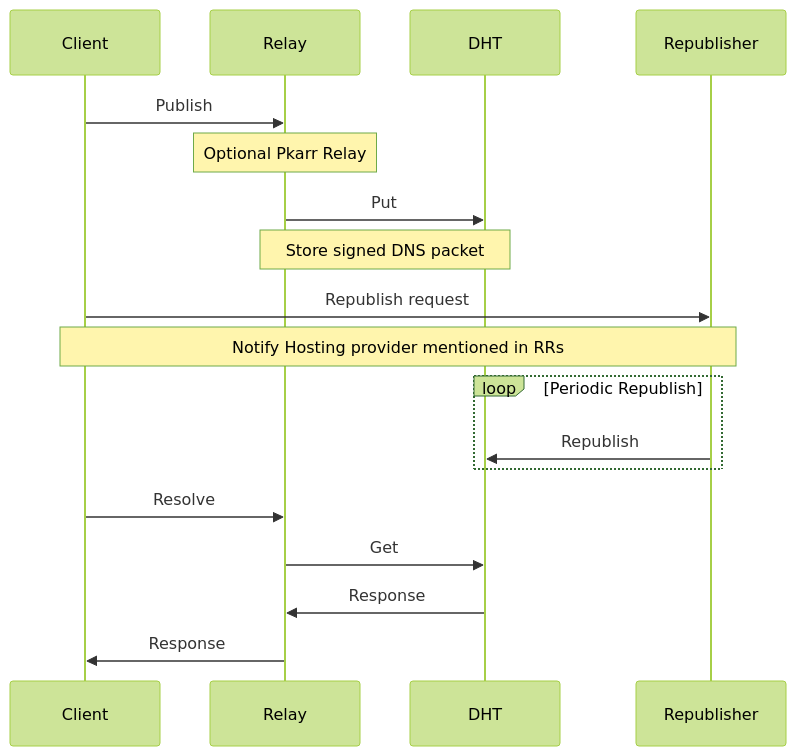
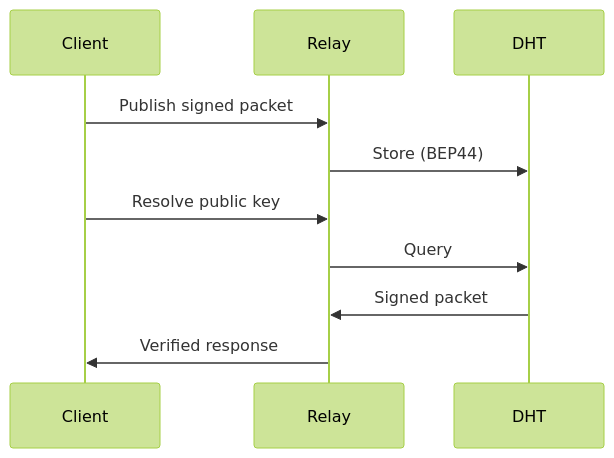
One commit to pubky/pkarr changed the diagram in README.md. Above: the diagram before and after it, drawn with Mermaid (forest theme). The commit also changed other lines of this file and 2 other files, not shown here.

````diff
--- a/README.md
+++ b/README.md
@@ -38,24 +61,14 @@
 ```mermaid
 sequenceDiagram
     participant Client
     participant Relay
     participant DHT
-    participant Republisher
 
-    Client->>Relay: Publish
-    note over Relay: Optional Pkarr Relay
-    Relay->>DHT: Put
-    Note over Relay,DHT: Store signed DNS packet
+    Client->>Relay: Publish signed packet
+    Relay->>DHT: Store (BEP44)
 
-    Client->>Republisher: Republish request
-    note over Client, Republisher: Notify Hosting provider mentioned in RRs
-
-    loop Periodic Republish
-        Republisher->>DHT: Republish
-    end
-
-    Client->>Relay: Resolve
-    Relay->>DHT: Get
-    DHT->>Relay: Response
-    Relay->>Client: Response
+    Client->>Relay: Resolve public key
+    Relay->>DHT: Query
+    DHT->>Relay: Signed packet
+    Relay->>Client: Verified response
 ```
````
